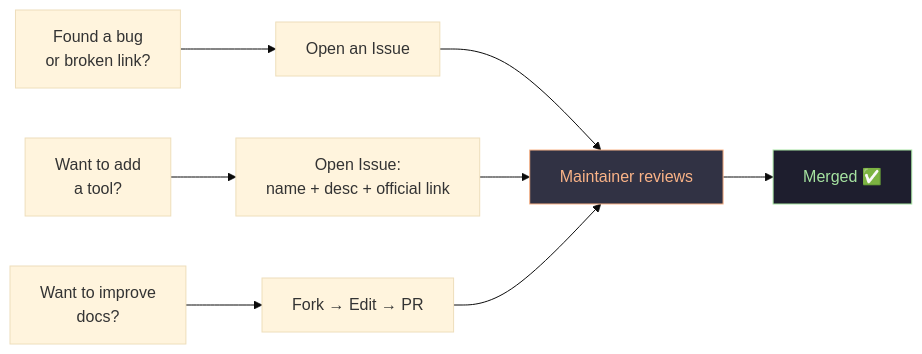
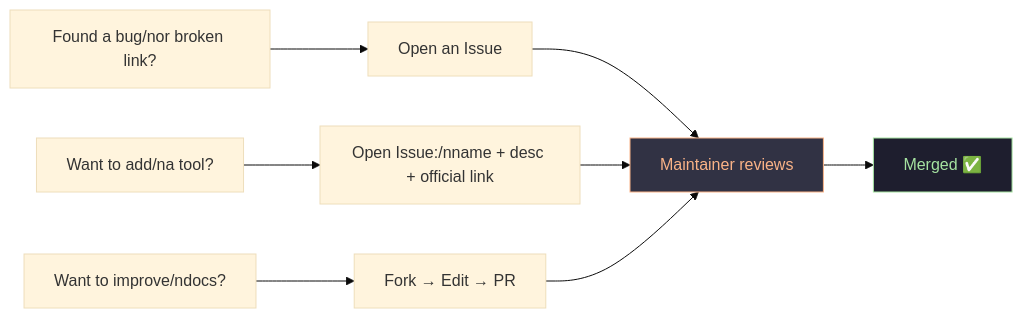
Before and after one commit to Somrat10369/Windows-11-Productive-Rice-Configs: the third of 3 diagrams in README.md, drawn with Mermaid (base theme). The commit also changed other lines of this file, not shown here.

````diff
--- a/README.md
+++ b/README.md
@@ -431,13 +431,13 @@
 ```mermaid
 flowchart LR
-    A["Found a bug\nor broken link?"] --> B["Open an Issue"]
-    C["Want to add\na tool?"] --> D["Open Issue:\nname + desc + official link"]
-    E["Want to improve\ndocs?"] --> F["Fork → Edit → PR"]
+    A["Found a bug/nor broken link?"] --> B["Open an Issue"]
+    C["Want to add/na tool?"] --> D["Open Issue:/nname + desc + official link"]
+    E["Want to improve/ndocs?"] --> F["Fork → Edit → PR"]
     B --> G["Maintainer reviews"]
     D --> G
     F --> G
     G --> H["Merged ✅"]
 
     style H fill:#1e1e2e,color:#a6e3a1,stroke:#a6e3a1
     style G fill:#313244,color:#fab387,stroke:#fab387
 ```
````
